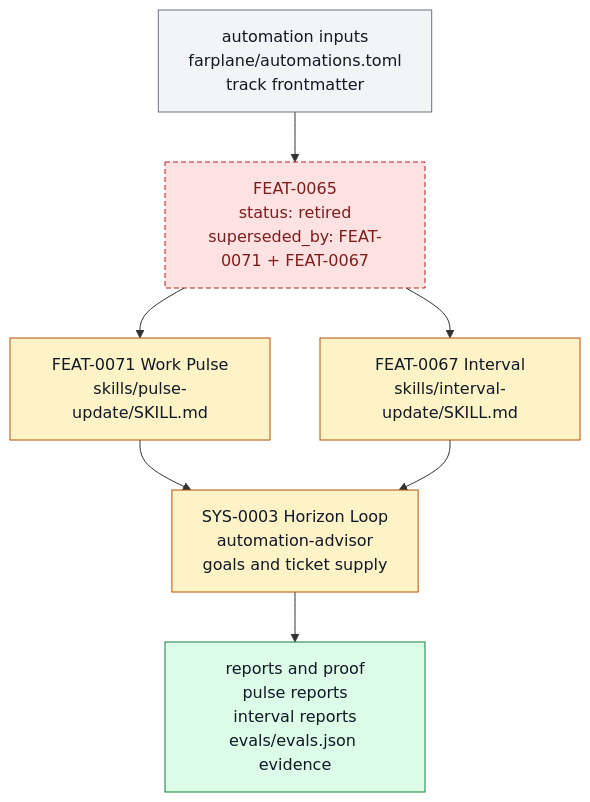
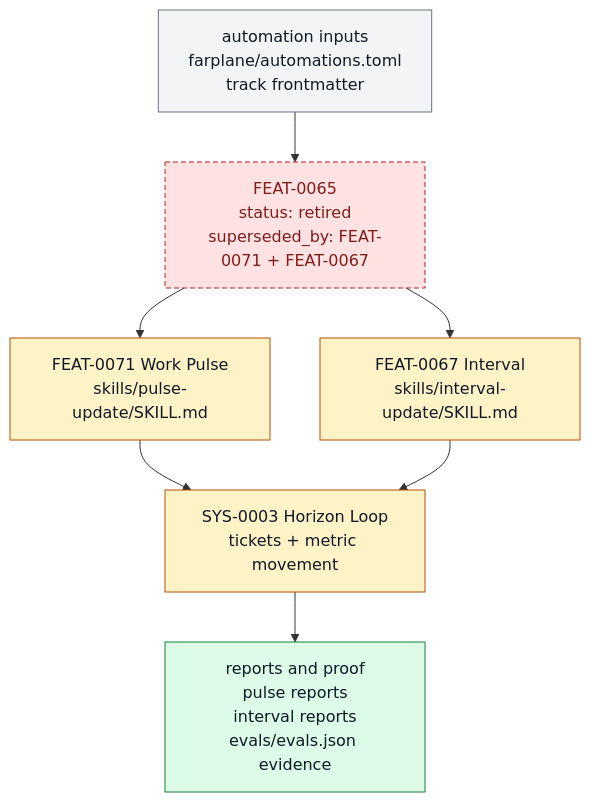
Before and after one commit to ZanarkandTechnologies/Farplane: the diagram in docs/features/FEAT-0065-pulse-and-interval-automation.md, drawn with Mermaid. The commit also changed other lines of this file and 374 other files, not shown here.

Commit message:
feat(interval): simplify metric-to-ticket control loop

````diff
--- a/docs/features/FEAT-0065-pulse-and-interval-automation.md
+++ b/docs/features/FEAT-0065-pulse-and-interval-automation.md
@@ -97,19 +100,19 @@
 ```mermaid
 flowchart TD
   classDef keep fill:#f3f4f6,stroke:#6b7280,color:#111827
   classDef changed fill:#fef3c7,stroke:#b45309,color:#111827
   classDef added fill:#dcfce7,stroke:#15803d,color:#111827
   classDef retired fill:#fee2e2,stroke:#b91c1c,color:#7f1d1d,stroke-dasharray: 5 3
 
   config["automation inputs<br/>farplane/automations.toml<br/>track frontmatter"]:::keep
   retired["FEAT-0065<br/>status: retired<br/>superseded_by: FEAT-0071 + FEAT-0067"]:::retired
   pulse["FEAT-0071 Work Pulse<br/>skills/pulse-update/SKILL.md"]:::changed
   interval["FEAT-0067 Interval<br/>skills/interval-update/SKILL.md"]:::changed
-  horizon["SYS-0003 Horizon Loop<br/>automation-advisor<br/>goals and ticket supply"]:::changed
+  horizon["SYS-0003 Horizon Loop<br/>tickets + metric movement"]:::changed
   outputs["reports and proof<br/>pulse reports<br/>interval reports<br/>evals/evals.json evidence"]:::added
 
   config --> retired
   retired --> pulse --> horizon
   retired --> interval --> horizon
   horizon --> outputs
 ```
````
